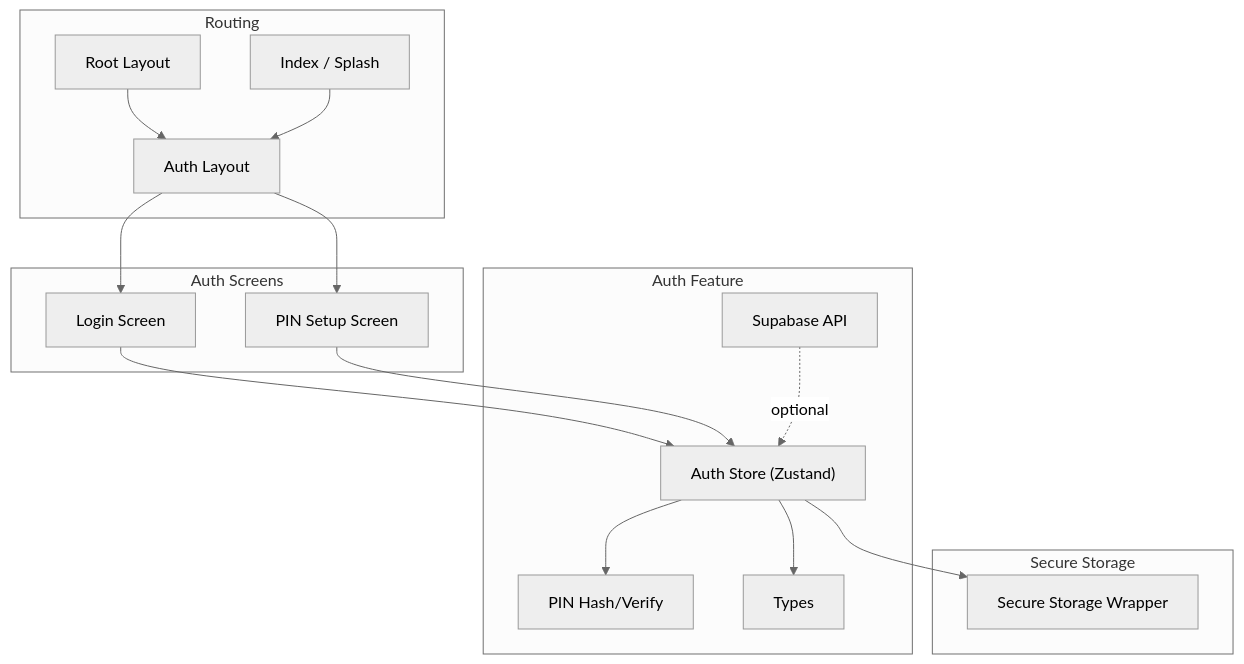
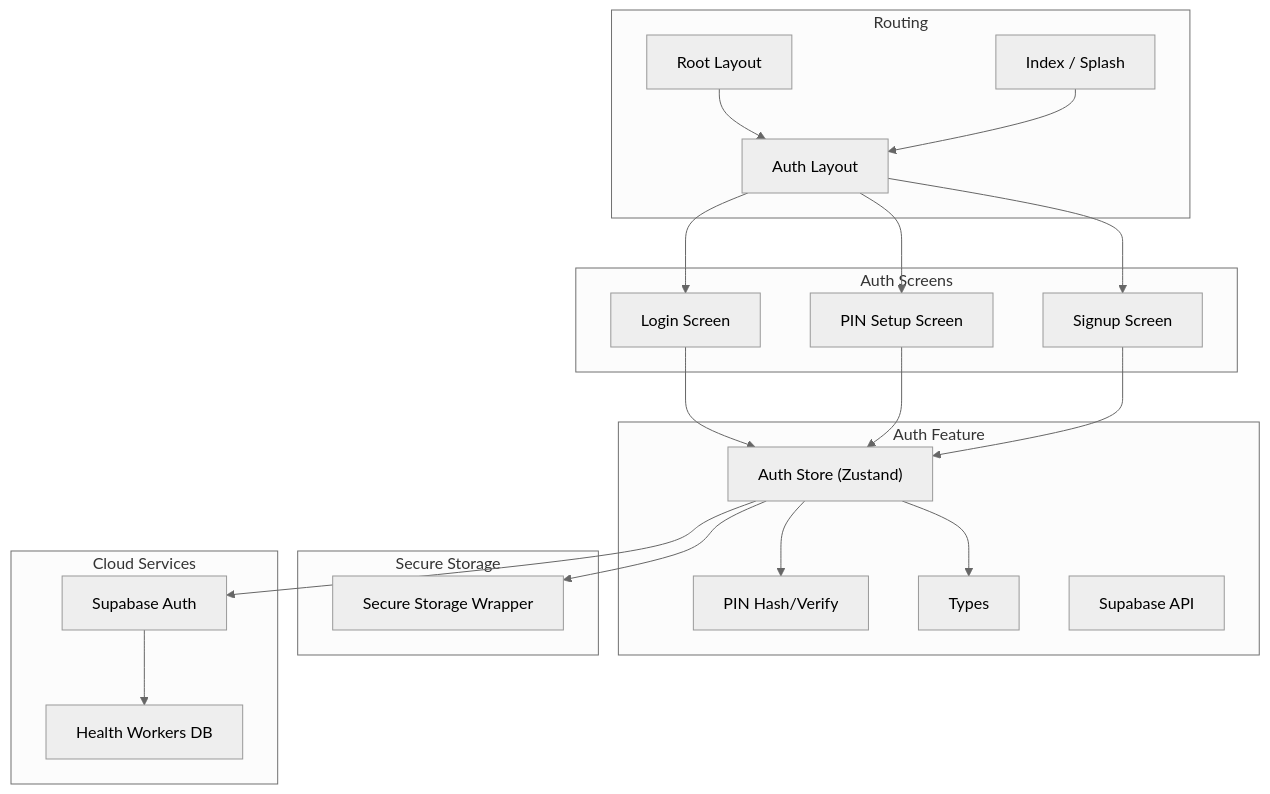
Before and after one commit to AdeelTahir-SE/DermSight: the first of 7 diagrams in .qoder/repowiki/en/content/Authentication System/Authentication System.md, drawn with Mermaid (neutral theme). The commit also changed other lines of this file and 43 other files, not shown here.

````diff
--- a/.qoder/repowiki/en/content/Authentication System/Authentication System.md
+++ b/.qoder/repowiki/en/content/Authentication System/Authentication System.md
@@ -39,31 +51,39 @@
 ```mermaid
 graph TB
 subgraph "Auth Screens"
 L["Login Screen"]
 PS["PIN Setup Screen"]
+SU["Signup Screen"]
 end
 subgraph "Auth Feature"
 ST["Auth Store (Zustand)"]
 PIN["PIN Hash/Verify"]
 T["Types"]
 A["Supabase API"]
 end
 subgraph "Secure Storage"
 SS["Secure Storage Wrapper"]
 end
+subgraph "Cloud Services"
+SUP["Supabase Auth"]
+DB["Health Workers DB"]
+end
 subgraph "Routing"
 RL["Auth Layout"]
 ROOT["Root Layout"]
 IDX["Index / Splash"]
 end
 L --> ST
 PS --> ST
+SU --> ST
 ST --> PIN
 ST --> SS
 ST --> T
-A -. optional .-> ST
+ST --> SUP
+SUP --> DB
 RL --> L
 RL --> PS
+RL --> SU
 ROOT --> RL
 IDX --> RL
 ```
````
